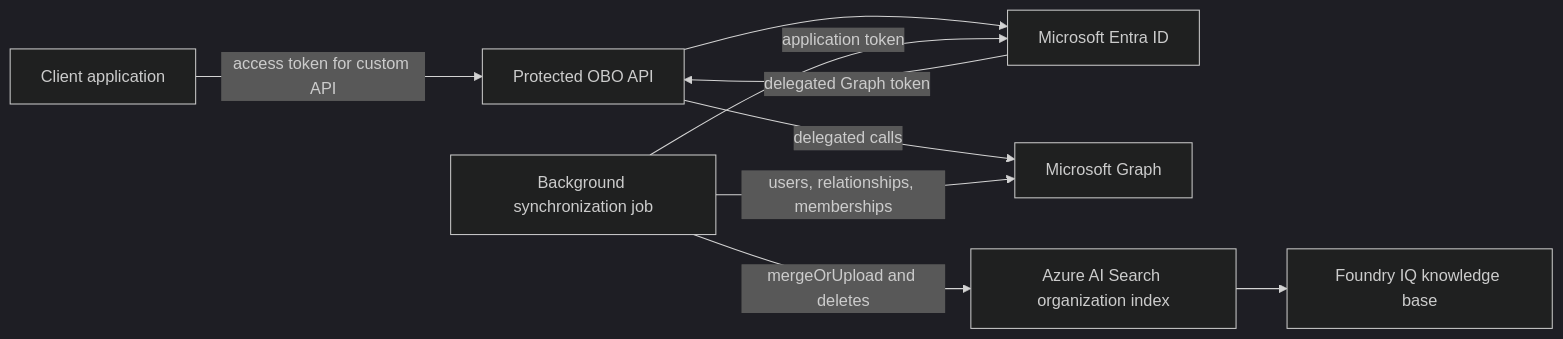
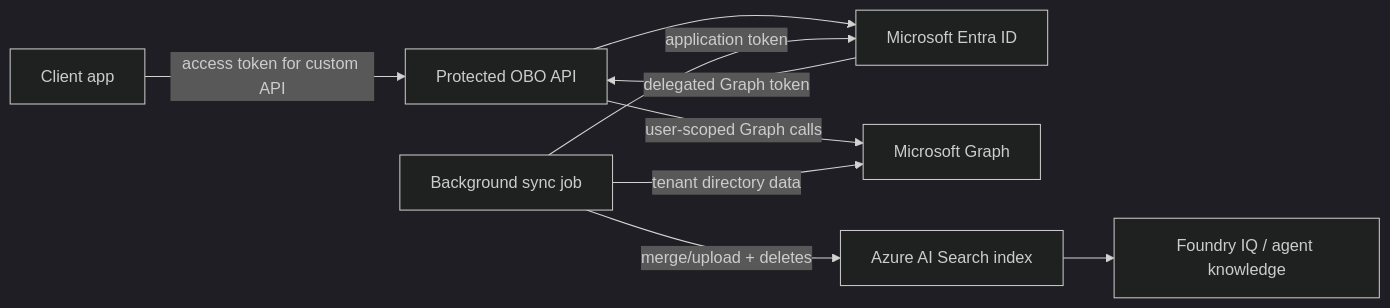
Before and after one commit to Keayoub/graph-user-context: the diagram in docs/architecture.md, drawn with Mermaid (dark theme). The commit also changed other lines of this file and 1 other file, not shown here.

Commit message:
docs: Update README and architecture documentation for clarity and completeness

````diff
--- a/docs/architecture.md
+++ b/docs/architecture.md
@@ -3,11 +3,12 @@
 ```mermaid
 flowchart LR
-    Client[Client application] -->|access token for custom API| OBO[Protected OBO API]
+    Client[Client app] -->|access token for custom API| OBO[Protected OBO API]
     OBO --> Entra[Microsoft Entra ID]
     Entra -->|delegated Graph token| OBO
-    OBO -->|delegated calls| Graph[Microsoft Graph]
-    Job[Background synchronization job] -->|application token| Entra
-    Job -->|users, relationships, memberships| Graph
-    Job -->|mergeOrUpload and deletes| Search[Azure AI Search organization index]
-    Search --> IQ[Foundry IQ knowledge base]
+    OBO -->|user-scoped Graph calls| Graph[Microsoft Graph]
+
+    Job[Background sync job] -->|application token| Entra
+    Job -->|tenant directory data| Graph
+    Job -->|merge/upload + deletes| Search[Azure AI Search index]
+    Search --> IQ[Foundry IQ / agent knowledge]
 ```
````
